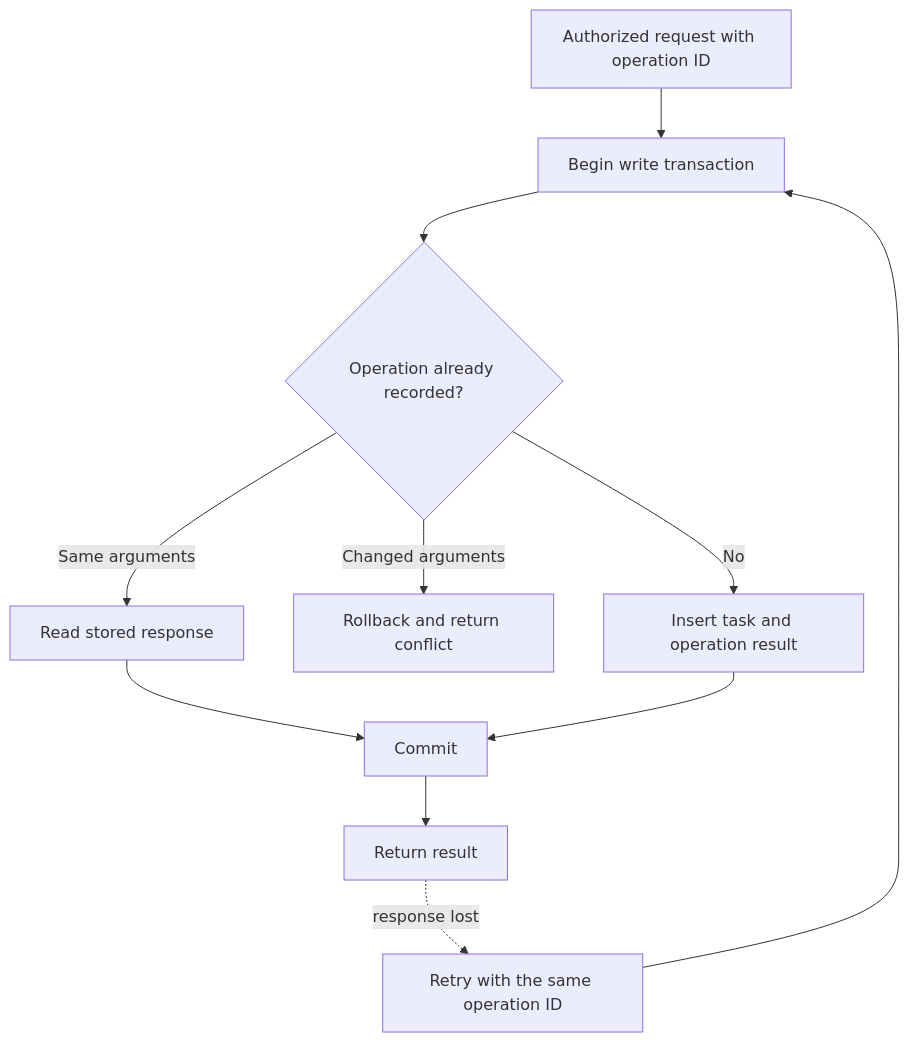
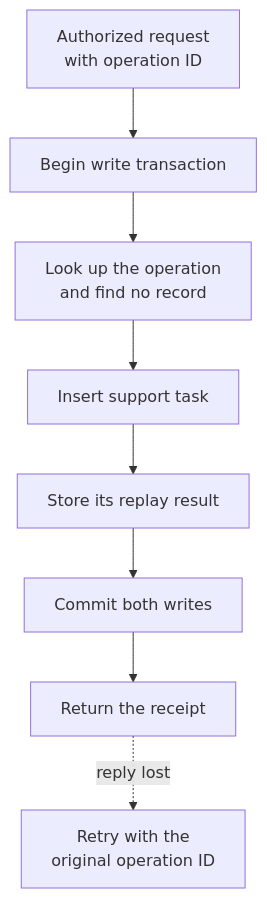
The diagram in article.md (subodhjena/retry-safe-tool-calls), drawn with Mermaid before and after one commit. The commit also changed other lines of this file, not shown here.

Commit message:
Sync article with the vertical transaction diagram

````diff
--- a/article.md
+++ b/article.md
@@ -63,13 +63,10 @@
 ```mermaid
 flowchart TD
-    A[Authorized request with operation ID] --> B[Begin write transaction]
-    B --> C{Operation already recorded?}
-    C -->|Same arguments| D[Read stored response]
-    C -->|Changed arguments| E[Rollback and return conflict]
-    C -->|No| F[Insert task and operation result]
-    D --> G[Commit]
-    F --> G
-    G --> H[Return result]
-    H -. response lost .-> I[Retry with the same operation ID]
-    I --> B
+    A[Authorized request<br/>with operation ID] --> B[Begin write transaction]
+    B --> C[Look up the operation<br/>and find no record]
+    C --> D[Insert support task]
+    D --> E[Store its replay result]
+    E --> F[Commit both writes]
+    F --> G[Return the receipt]
+    G -. reply lost .-> H[Retry with the<br/>original operation ID]
 ```
````
